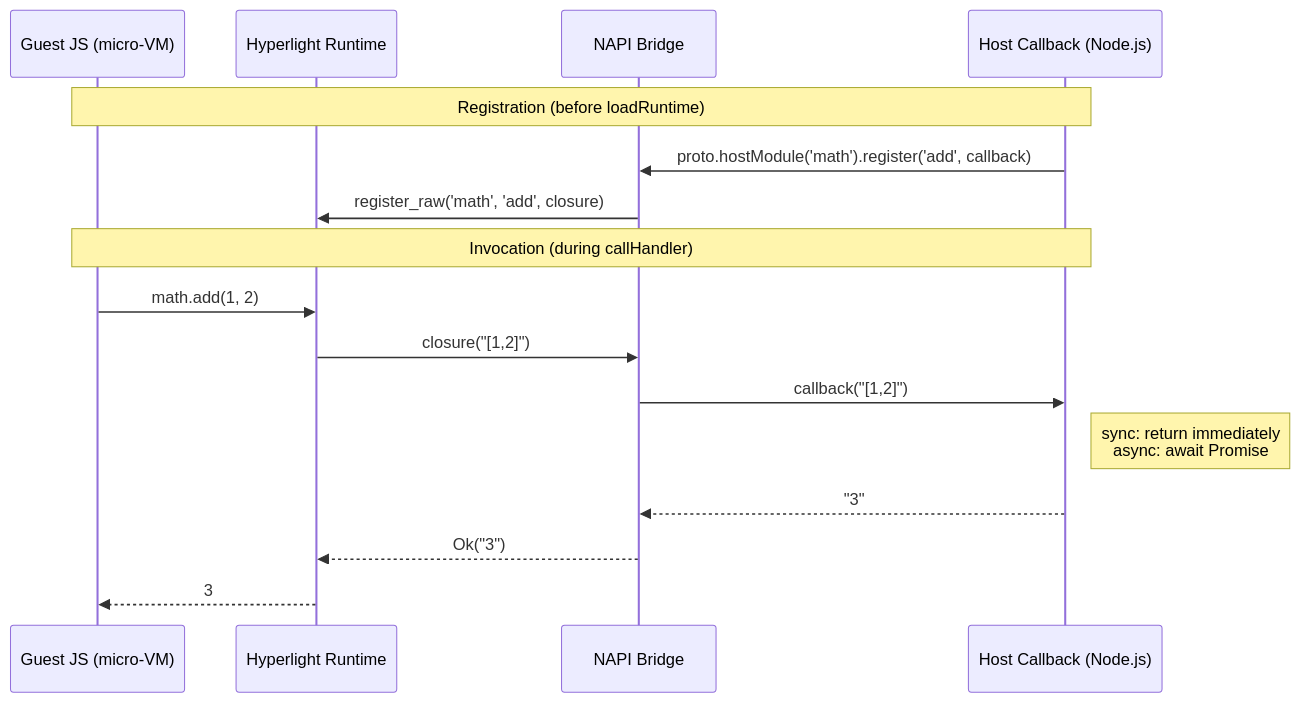
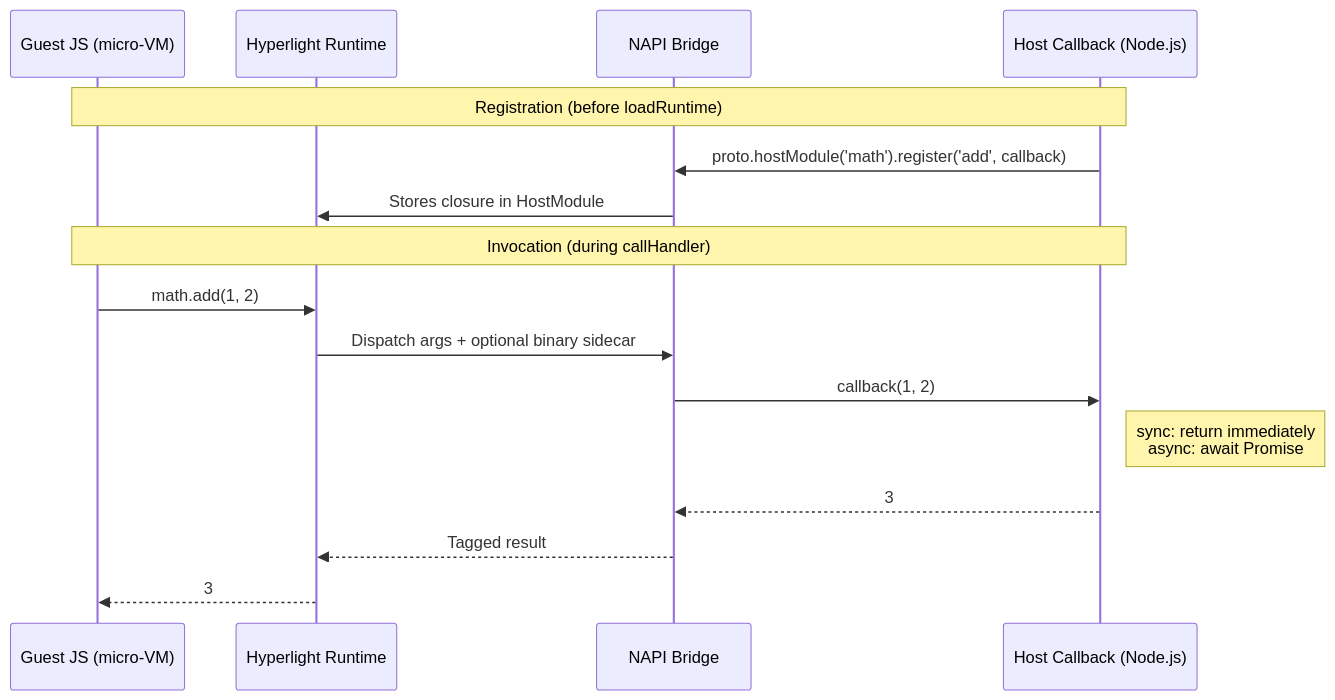
The diagram in src/js-host-api/README.md (simongdavies/hyperlight-js), drawn with Mermaid before and after one commit. The commit also changed other lines of this file and 19 other files, not shown here.

First line of the commit message:
feat: add binary type support for host functions

````diff
--- a/src/js-host-api/README.md
+++ b/src/js-host-api/README.md
@@ -309,20 +309,20 @@
 ```mermaid
 sequenceDiagram
     participant Guest as Guest JS (micro-VM)
     participant HL as Hyperlight Runtime
     participant Bridge as NAPI Bridge
     participant Host as Host Callback (Node.js)
 
     Note over Guest,Host: Registration (before loadRuntime)
     Host->>Bridge: proto.hostModule('math').register('add', callback)
-    Bridge->>HL: register_raw('math', 'add', closure)
+    Bridge->>HL: Stores closure in HostModule
 
     Note over Guest,Host: Invocation (during callHandler)
     Guest->>HL: math.add(1, 2)
-    HL->>Bridge: closure("[1,2]")
-    Bridge->>Host: callback("[1,2]")
+    HL->>Bridge: Dispatch args + optional binary sidecar
+    Bridge->>Host: callback(1, 2)
     Note right of Host: sync: return immediately<br/>async: await Promise
-    Host-->>Bridge: "3"
-    Bridge-->>HL: Ok("3")
+    Host-->>Bridge: 3
+    Bridge-->>HL: Tagged result
     HL-->>Guest: 3
 ```
````
